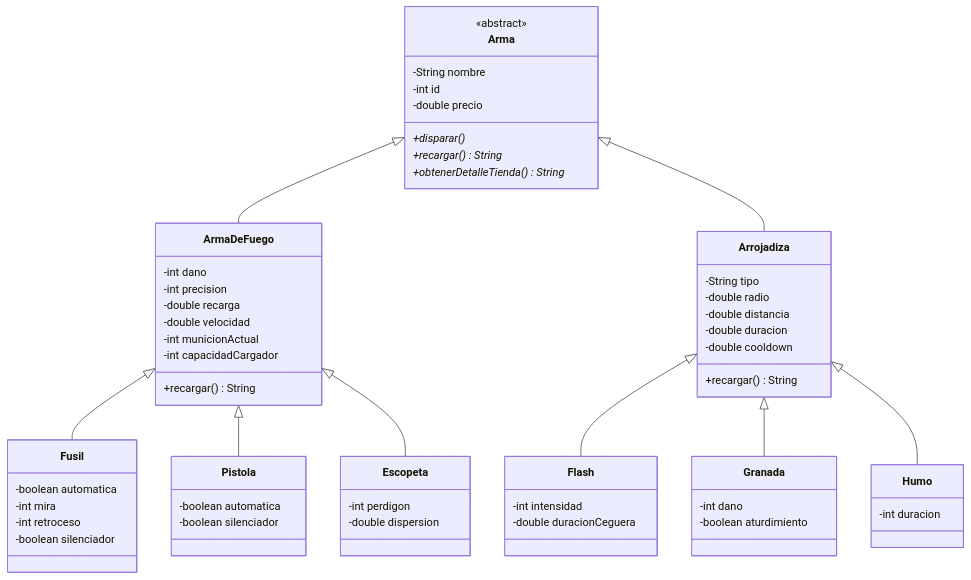
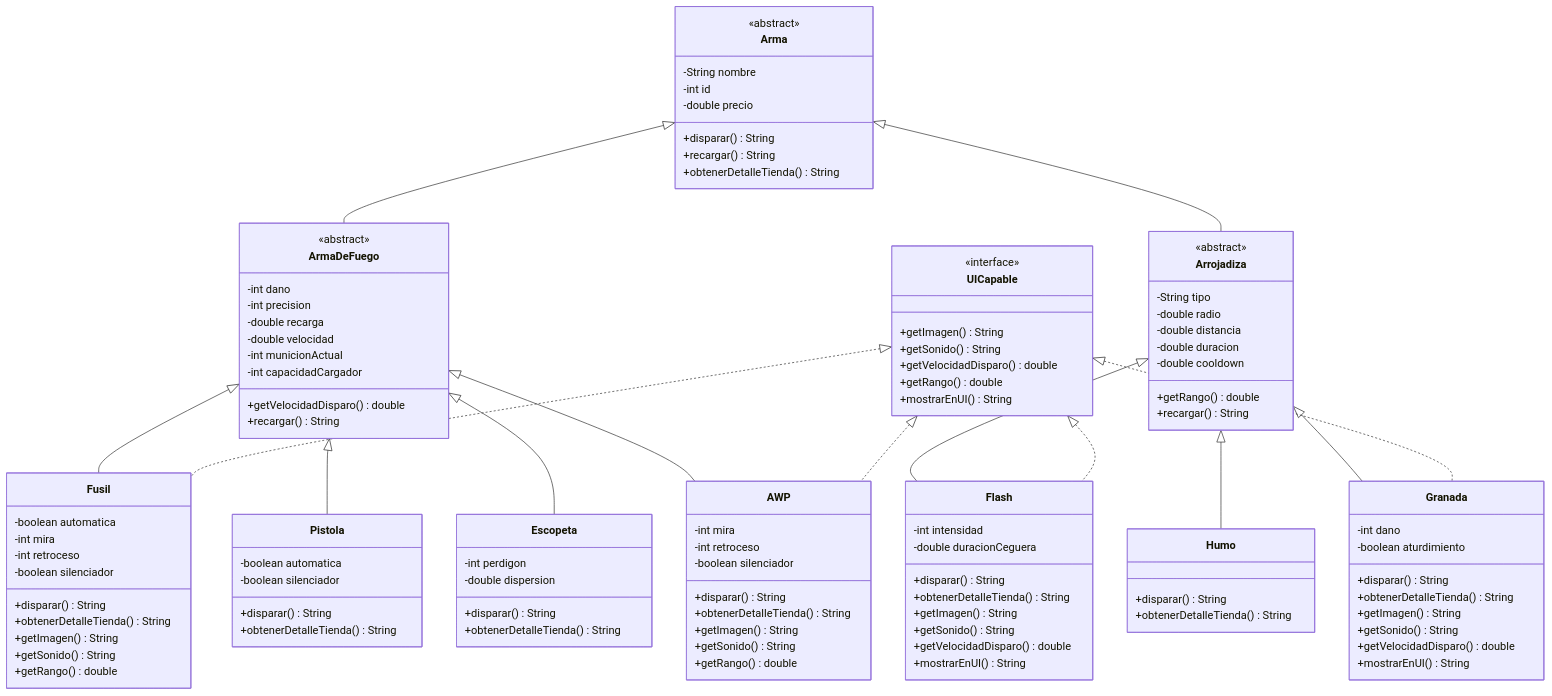
The diagram in README.md (MigueMedina/mmedina-tplp3-2026), drawn with Mermaid before and after one commit. The commit also changed other lines of this file and 17 other files, not shown here.

Commit message:
ampliacion de dominio con AWP y Granada, metricas en UICapable y bitacora y README actualizada

````diff
--- a/README.md
+++ b/README.md
@@ -17,61 +63,108 @@
         -String nombre
         -int id
         -double precio
-        +disparar()*
-        +recargar()* String
-        +obtenerDetalleTienda()* String
+        +disparar() String
+        +recargar() String
+        +obtenerDetalleTienda() String
     }
 
-    %% Clases Intermedias (Heredan de Arma)
+    %% Clases Intermedias (heredan de Arma)
     class ArmaDeFuego {
+        <<abstract>>
         -int dano
         -int precision
         -double recarga
         -double velocidad
         -int municionActual
         -int capacidadCargador
+        +getVelocidadDisparo() double
         +recargar() String
     }
 
     class Arrojadiza {
+        <<abstract>>
         -String tipo
         -double radio
         -double distancia
         -double duracion
         -double cooldown
+        +getRango() double
         +recargar() String
     }
 
-    %% Clases Finales (Heredan de las Intermedias)
+    %% Interfaz compartida entre familias
+    class UICapable {
+        <<interface>>
+        +getImagen() String
+        +getSonido() String
+        +getVelocidadDisparo() double
+        +getRango() double
+        +mostrarEnUI() String
+    }
+
+    %% Clases Finales (heredan de las intermedias)
     class Fusil {
         -boolean automatica
         -int mira
         -int retroceso
         -boolean silenciador
+        +disparar() String
+        +obtenerDetalleTienda() String
+        +getImagen() String
+        +getSonido() String
+        +getRango() double
     }
 
     class Pistola {
         -boolean automatica
         -boolean silenciador
+        +disparar() String
+        +obtenerDetalleTienda() String
     }
 
     class Escopeta {
         -int perdigon
         -double dispersion
+        +disparar() String
+        +obtenerDetalleTienda() String
+    }
+
+    class AWP {
+        -int mira
+        -int retroceso
+        -boolean silenciador
+        +disparar() String
+        +obtenerDetalleTienda() String
+        +getImagen() String
+        +getSonido() String
+        +getRango() double
     }
 
     class Flash {
         -int intensidad
         -double duracionCeguera
+        +disparar() String
+        +obtenerDetalleTienda() String
+        +getImagen() String
+        +getSonido() String
+        +getVelocidadDisparo() double
+        +mostrarEnUI() String
+    }
+
+    class Humo {
+        +disparar() String
+        +obtenerDetalleTienda() String
     }
 
     class Granada {
         -int dano
         -boolean aturdimiento
-    }
-
-    class Humo {
-        -int duracion
+        +disparar() String
+        +obtenerDetalleTienda() String
+        +getImagen() String
+        +getSonido() String
+        +getVelocidadDisparo() double
+        +mostrarEnUI() String
     }
 
     %% Relaciones de Herencia
@@ -81,8 +174,15 @@
     ArmaDeFuego <|-- Fusil
     ArmaDeFuego <|-- Pistola
     ArmaDeFuego <|-- Escopeta
+    ArmaDeFuego <|-- AWP
 
     Arrojadiza <|-- Flash
+    Arrojadiza <|-- Humo
     Arrojadiza <|-- Granada
-    Arrojadiza <|-- Humo
+
+    %% Implementación de la interfaz compartida
+    UICapable <|.. Fusil
+    UICapable <|.. Flash
+    UICapable <|.. AWP
+    UICapable <|.. Granada
 ```
````
